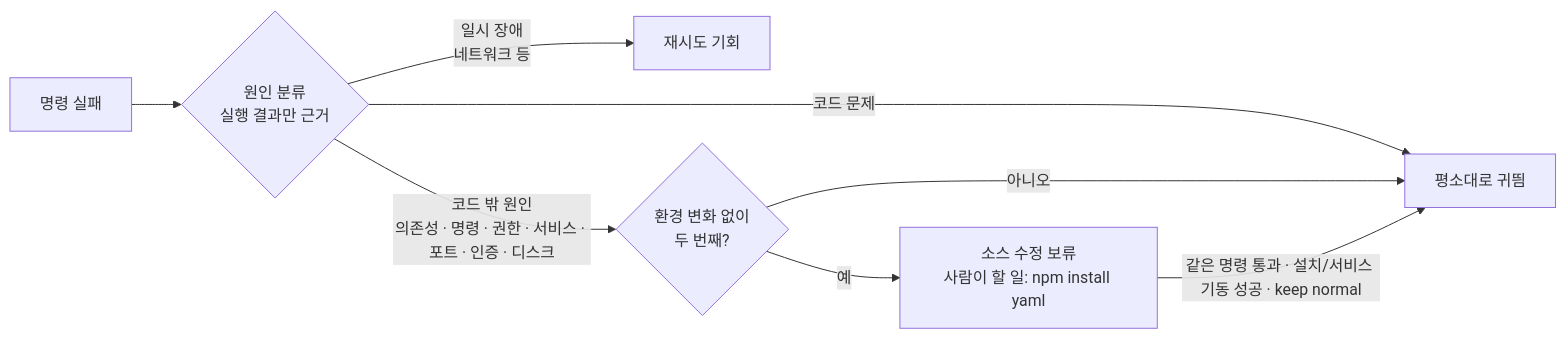
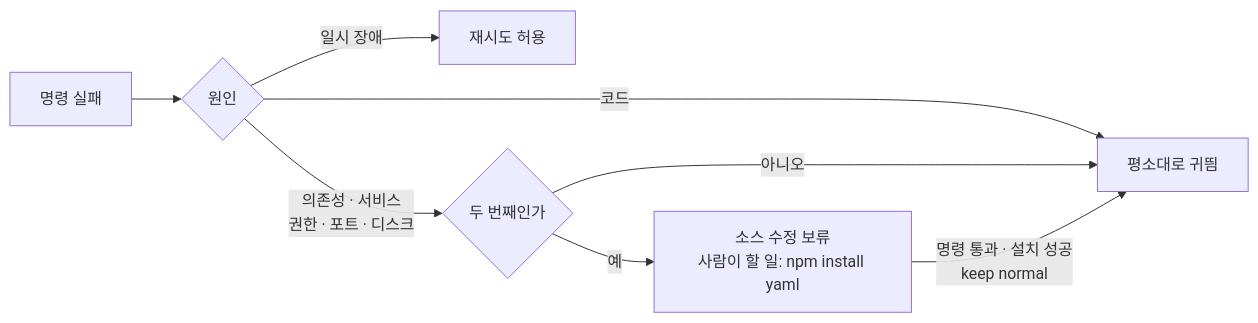
The second of 3 diagrams in README.md (JinHo-von-Choi/anti-samcheonpo), drawn with Mermaid before and after one commit. The commit also changed other lines of this file and 4 other files, not shown here.

````diff
--- a/README.md
+++ b/README.md
@@ -113,10 +89,10 @@
 ```mermaid
 flowchart LR
-    F[명령 실패] --> C{원인 분류<br/>실행 결과만 근거}
-    C -->|코드 문제| K[평소대로 귀띔]
-    C -->|일시 장애<br/>네트워크 등| T[재시도 기회]
-    C -->|코드 밖 원인<br/>의존성 · 명령 · 권한 · 서비스 · 포트 · 인증 · 디스크| X{환경 변화 없이<br/>두 번째?}
+    F[명령 실패] --> C{원인}
+    C -->|코드| K[평소대로 귀띔]
+    C -->|일시 장애| T[재시도 허용]
+    C -->|의존성 · 서비스<br/>권한 · 포트 · 디스크| X{두 번째인가}
     X -->|아니오| K
     X -->|예| Z[소스 수정 보류<br/>사람이 할 일: npm install yaml]
-    Z -->|같은 명령 통과 · 설치/서비스 기동 성공 · keep normal| K
+    Z -->|명령 통과 · 설치 성공<br/>keep normal| K
 ```
````
